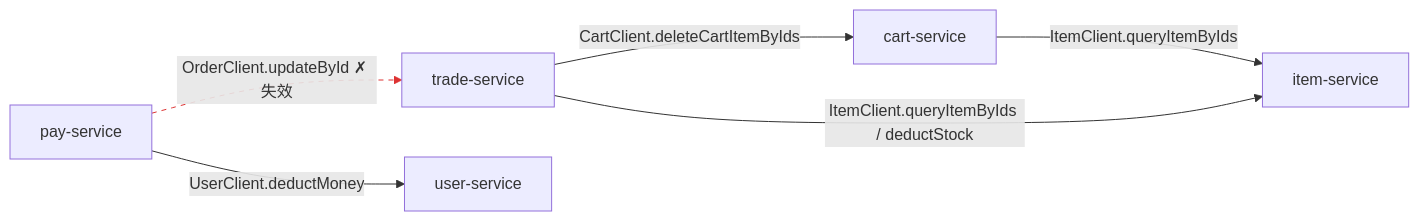
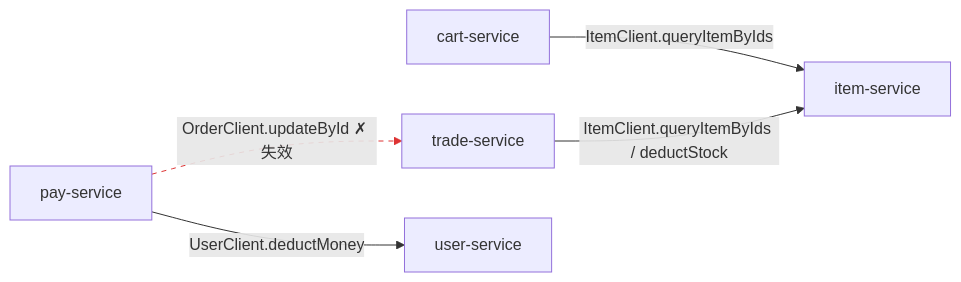
One commit to 3219378872/web-dev-experiment changed the second of 2 diagrams in docs/structure/02-module-dependencies.md. Above: the diagram before and after it, drawn with Mermaid. The commit also changed other lines of this file and 3 other files, not shown here.

First line of the commit message:
fix: correct diagrams per codex-review findings

````diff
--- a/docs/structure/02-module-dependencies.md
+++ b/docs/structure/02-module-dependencies.md
@@ -34,16 +34,15 @@
 ```mermaid
 flowchart LR
     CS[cart-service]
     TS[trade-service]
     PS[pay-service]
     IS[item-service]
     US[user-service]
 
     CS -- "ItemClient.queryItemByIds" --> IS
     TS -- "ItemClient.queryItemByIds / deductStock" --> IS
-    TS -- "CartClient.deleteCartItemByIds" --> CS
     PS -- "UserClient.deductMoney" --> US
     PS -.->|"OrderClient.updateById ✗ 失效"| TS
 
-    linkStyle 4 stroke:#d33,stroke-dasharray:5 5
+    linkStyle 3 stroke:#d33,stroke-dasharray:5 5
 ```
````
